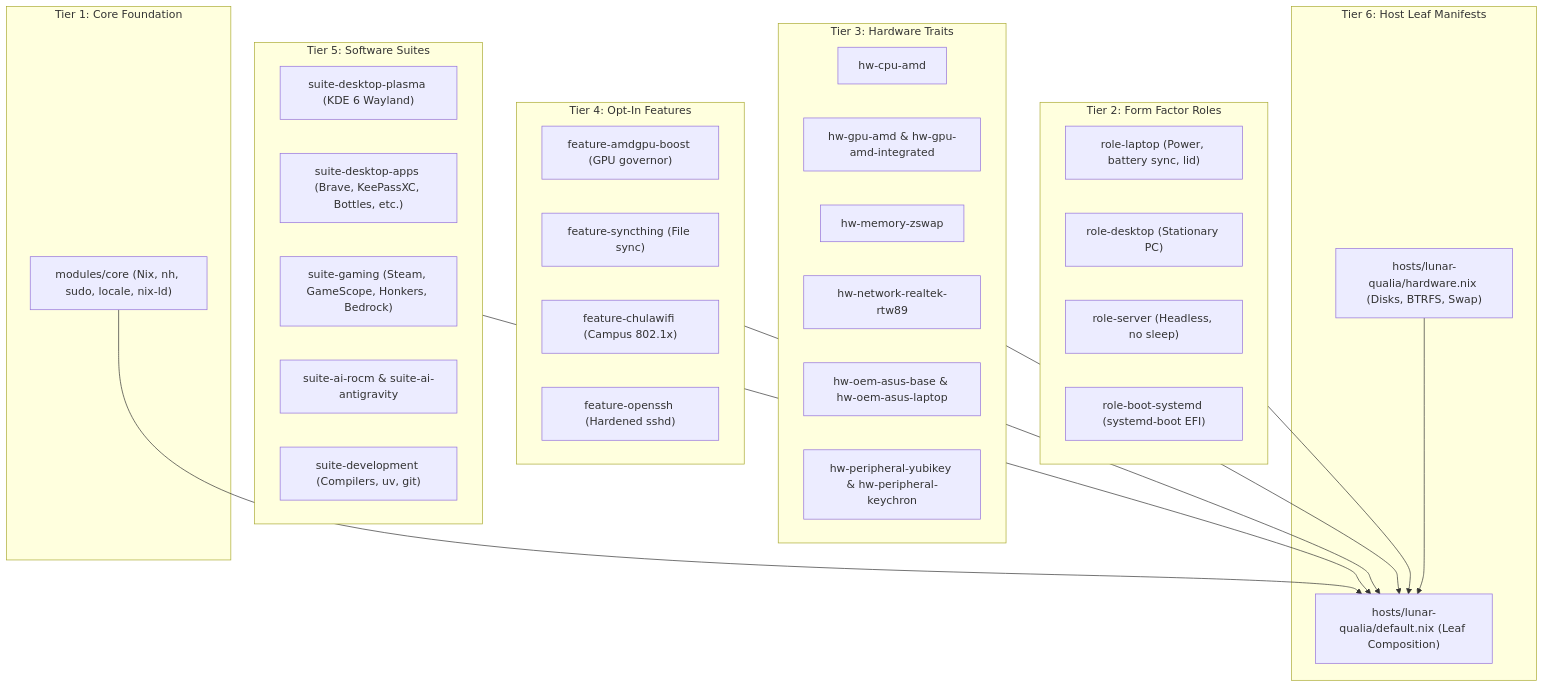
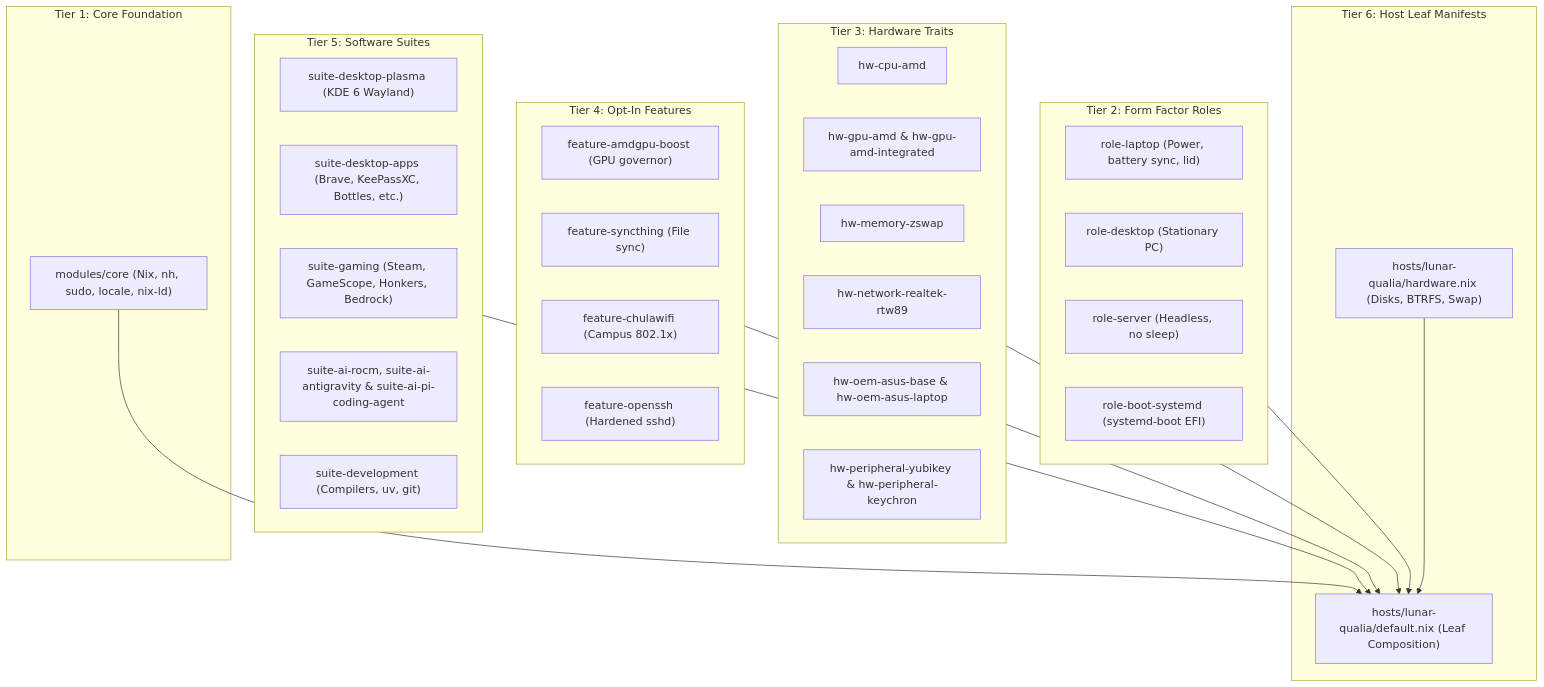
The diagram in AGENTS.md (lithinnon/lunar-witches), drawn with Mermaid before and after one commit. The commit also changed other lines of this file and 4 other files, not shown here.

First line of the commit message:
refactor(suites): move pi-coding-agent into suite-ai-pi-coding-agent

````diff
--- a/AGENTS.md
+++ b/AGENTS.md
@@ -40,49 +40,49 @@
 ```mermaid
 flowchart TD
     subgraph T1["Tier 1: Core Foundation"]
         C["modules/core (Nix, nh, sudo, locale, nix-ld)"]
     end
 
     subgraph T2["Tier 2: Form Factor Roles"]
         R1["role-laptop (Power, battery sync, lid)"]
         R2["role-desktop (Stationary PC)"]
         R3["role-server (Headless, no sleep)"]
         R4["role-boot-systemd (systemd-boot EFI)"]
     end
 
     subgraph T3["Tier 3: Hardware Traits"]
         H1["hw-cpu-amd"]
         H2["hw-gpu-amd & hw-gpu-amd-integrated"]
         H3["hw-memory-zswap"]
         H4["hw-network-realtek-rtw89"]
         H5["hw-oem-asus-base & hw-oem-asus-laptop"]
         H6["hw-peripheral-yubikey & hw-peripheral-keychron"]
     end
 
     subgraph T4["Tier 4: Opt-In Features"]
         F1["feature-amdgpu-boost (GPU governor)"]
         F2["feature-syncthing (File sync)"]
         F3["feature-chulawifi (Campus 802.1x)"]
         F4["feature-openssh (Hardened sshd)"]
     end
 
     subgraph T5["Tier 5: Software Suites"]
         S1["suite-desktop-plasma (KDE 6 Wayland)"]
         S2["suite-desktop-apps (Brave, KeePassXC, Bottles, etc.)"]
         S3["suite-gaming (Steam, GameScope, Honkers, Bedrock)"]
-        S4["suite-ai-rocm & suite-ai-antigravity"]
+        S4["suite-ai-rocm, suite-ai-antigravity & suite-ai-pi-coding-agent"]
         S5["suite-development (Compilers, uv, git)"]
     end
 
     subgraph T6["Tier 6: Host Leaf Manifests"]
         L1["hosts/lunar-qualia/default.nix (Leaf Composition)"]
         L2["hosts/lunar-qualia/hardware.nix (Disks, BTRFS, Swap)"]
     end
 
     C --> L1
     T2 --> L1
     T3 --> L1
     T4 --> L1
     T5 --> L1
     L2 --> L1
 ```
````
